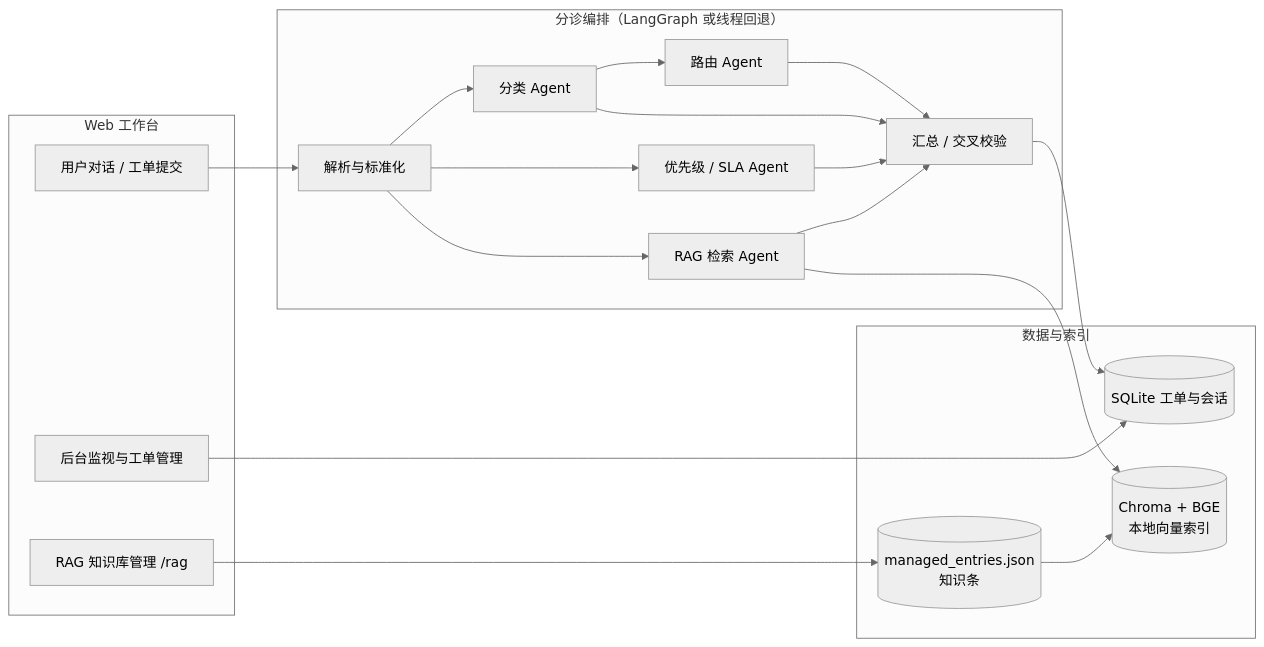
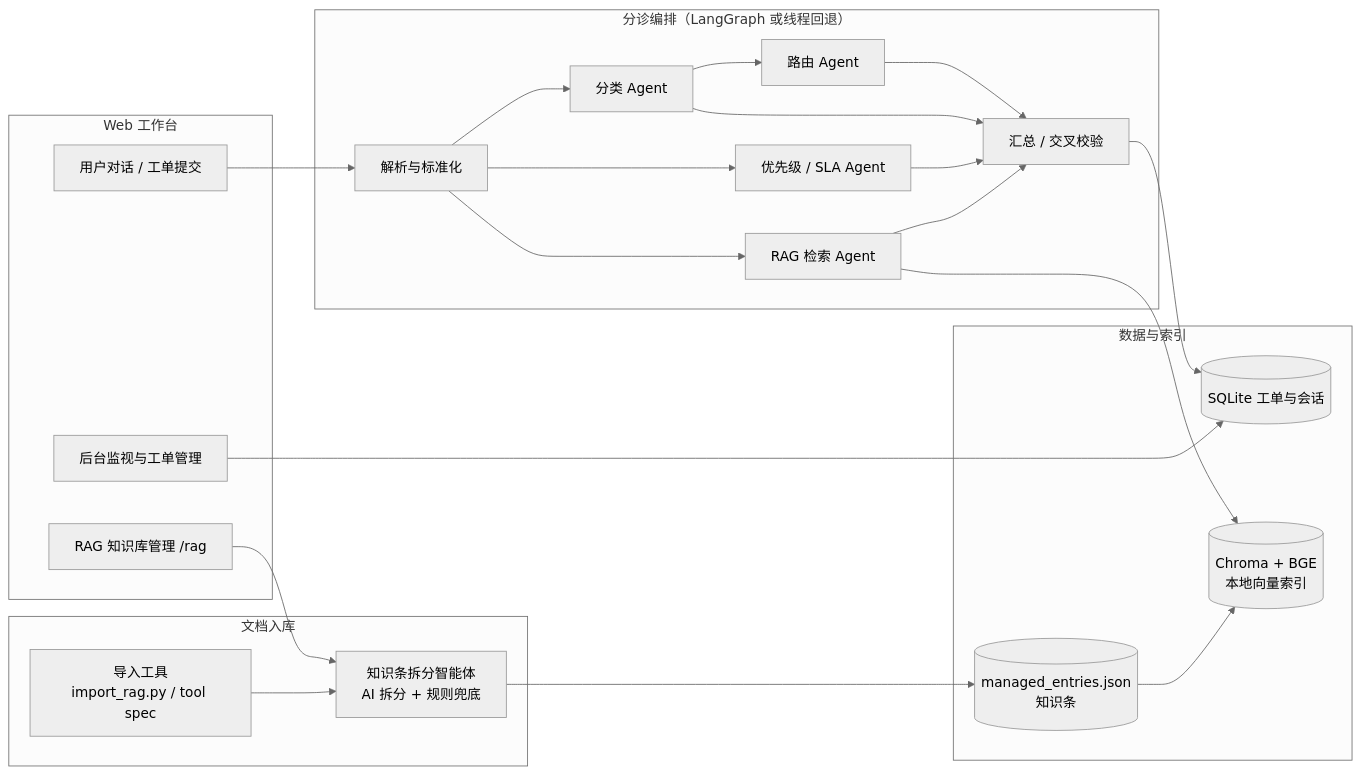
The diagram in README.md (moliu64/IT-Helpdesk-), drawn with Mermaid (neutral theme) before and after one commit. The commit also changed other lines of this file and 33 other files, not shown here.

````diff
--- a/README.md
+++ b/README.md
@@ -79,38 +80,45 @@
 ```mermaid
 flowchart LR
   subgraph Web["Web 工作台"]
     U["用户对话 / 工单提交"]
     A["后台监视与工单管理"]
     K["RAG 知识库管理 /rag"]
   end
 
   subgraph Core["分诊编排（LangGraph 或线程回退）"]
     P["解析与标准化"]
     C["分类 Agent"]
     S["优先级 / SLA Agent"]
     G["RAG 检索 Agent"]
     R["路由 Agent"]
     M["汇总 / 交叉校验"]
+  end
+
+  subgraph Ingest["文档入库"]
+    IA["知识条拆分智能体<br/>AI 拆分 + 规则兜底"]
+    T["导入工具<br/>import_rag.py / tool spec"]
   end
 
   subgraph Data["数据与索引"]
     DB[("SQLite 工单与会话")]
     MS[("managed_entries.json<br/>知识条")]
     V[("Chroma + BGE<br/>本地向量索引")]
   end
 
   U --> P
   P --> C
   P --> S
   P --> G
   C --> R
   C --> M
   S --> M
   G --> M
   R --> M
   G --> V
   MS --> V
   M --> DB
   A --> DB
-  K --> MS
+  K --> IA
+  T --> IA
+  IA --> MS
 ```
````
